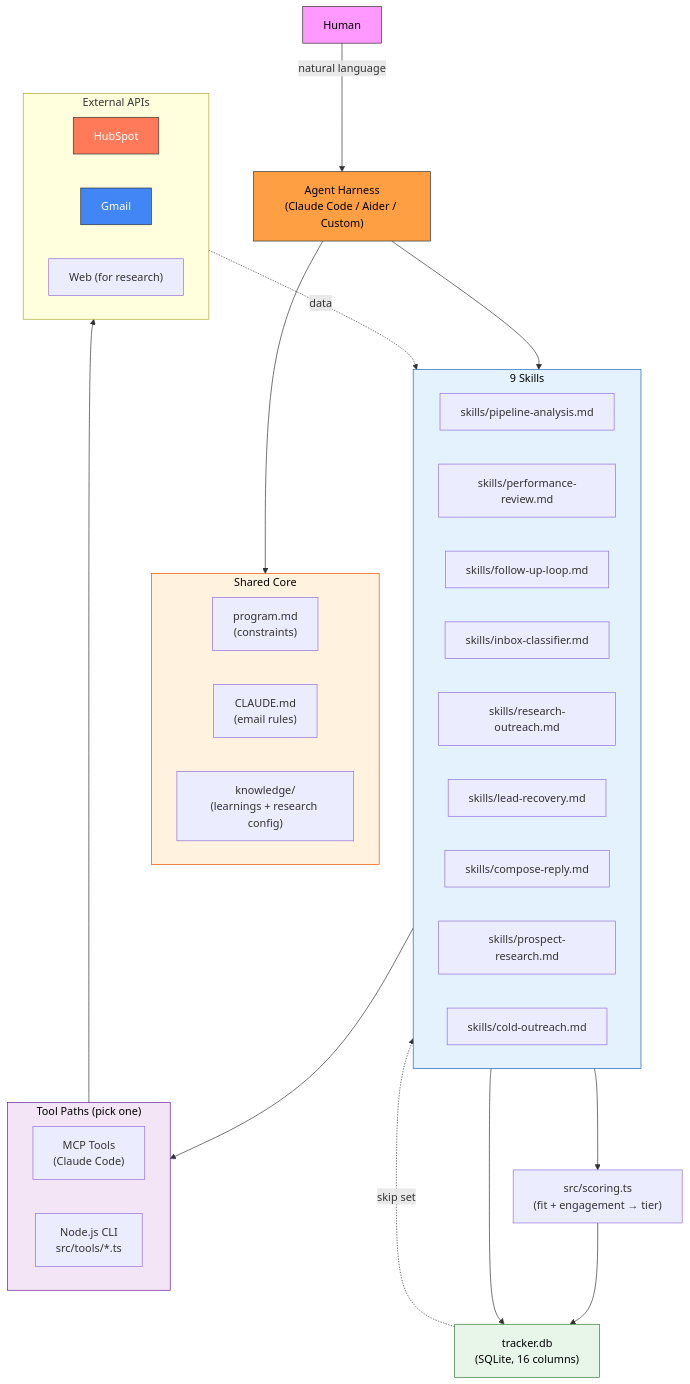
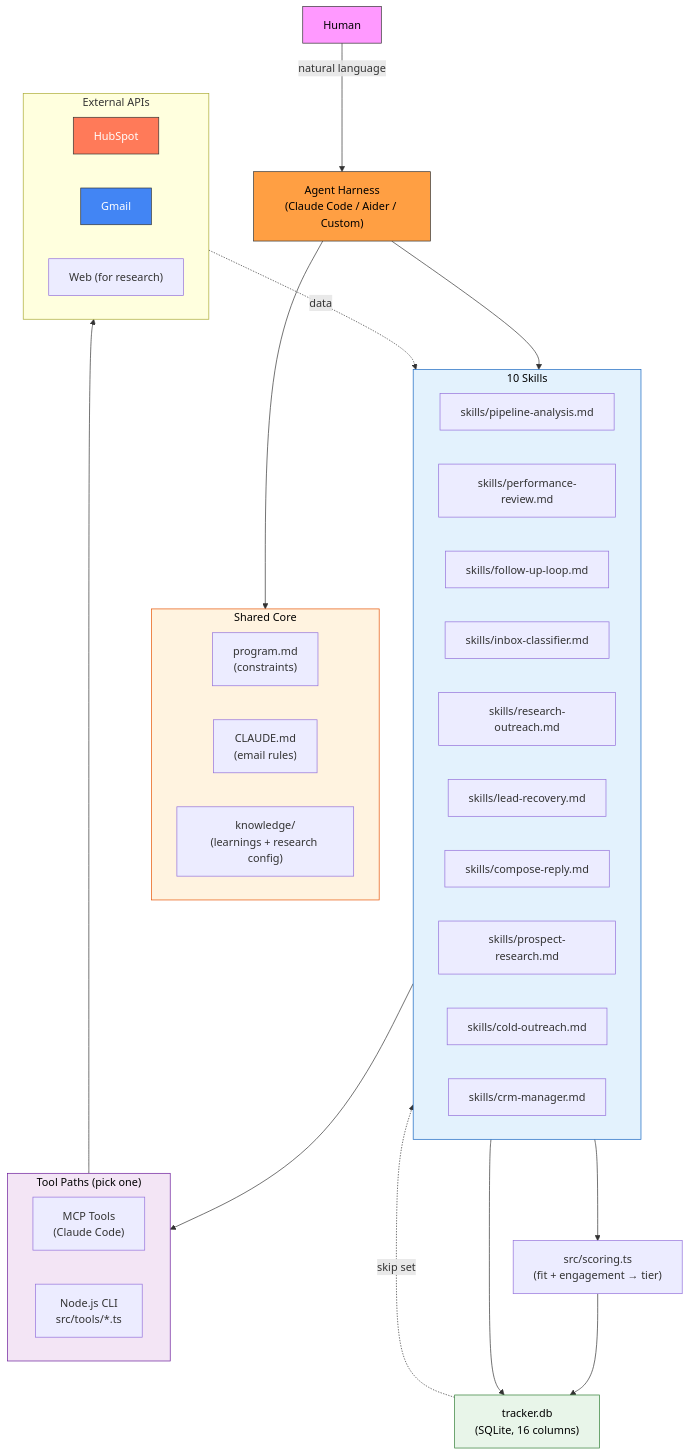
Before and after one commit to Connormcc3/hubspot-sales-agent: the diagram in docs/architecture.md, drawn with Mermaid. The commit also changed other lines of this file and 7 other files, not shown here.

First line of the commit message:
v2.8.1: CRM manager skill + HubSpot CLI expansion (8 to 17 commands)

````diff
--- a/docs/architecture.md
+++ b/docs/architecture.md
@@ -9,58 +9,59 @@
 ```mermaid
 flowchart TB
     Human["Human"]
     Harness["Agent Harness\n(Claude Code / Aider / Custom)"]
 
     subgraph Shared["Shared Core"]
         Program["program.md\n(constraints)"]
         CLAUDE["CLAUDE.md\n(email rules)"]
         Knowledge["knowledge/\n(learnings + research config)"]
     end
 
-    subgraph Skills["9 Skills"]
+    subgraph Skills["10 Skills"]
         Skill0["skills/pipeline-analysis.md"]
         Skill1["skills/performance-review.md"]
         Skill2["skills/follow-up-loop.md"]
         Skill3["skills/inbox-classifier.md"]
         Skill4["skills/research-outreach.md"]
         Skill5["skills/lead-recovery.md"]
         Skill6["skills/compose-reply.md"]
         Skill7["skills/prospect-research.md"]
         Skill8["skills/cold-outreach.md"]
+        Skill9["skills/crm-manager.md"]
     end
 
     Scoring["src/scoring.ts\n(fit + engagement → tier)"]
 
     subgraph Tools["Tool Paths (pick one)"]
         MCP["MCP Tools\n(Claude Code)"]
         CLI["Node.js CLI\nsrc/tools/*.ts"]
     end
 
     subgraph APIs["External APIs"]
         HubSpot["HubSpot"]
         Gmail["Gmail"]
         Web["Web (for research)"]
     end
 
     Tracker["tracker.db\n(SQLite, 16 columns)"]
 
     Human -->|natural language| Harness
     Harness --> Shared
     Harness --> Skills
     Skills --> Tools
     Skills --> Scoring
     Scoring --> Tracker
     Tools --> APIs
     Skills --> Tracker
     APIs -.->|data| Skills
     Tracker -.->|skip set| Skills
 
     style Human fill:#f9f,stroke:#333,color:#000
     style Harness fill:#ff9f43,stroke:#333,color:#000
     style HubSpot fill:#ff7a59,stroke:#333,color:#fff
     style Gmail fill:#4285f4,stroke:#333,color:#fff
     style Tracker fill:#e8f5e9,stroke:#2e7d32,color:#000
     style Shared fill:#fff3e0,stroke:#e65100,color:#000
     style Skills fill:#e3f2fd,stroke:#1565c0,color:#000
     style Tools fill:#f3e5f5,stroke:#6a1b9a,color:#000
 ```
````
